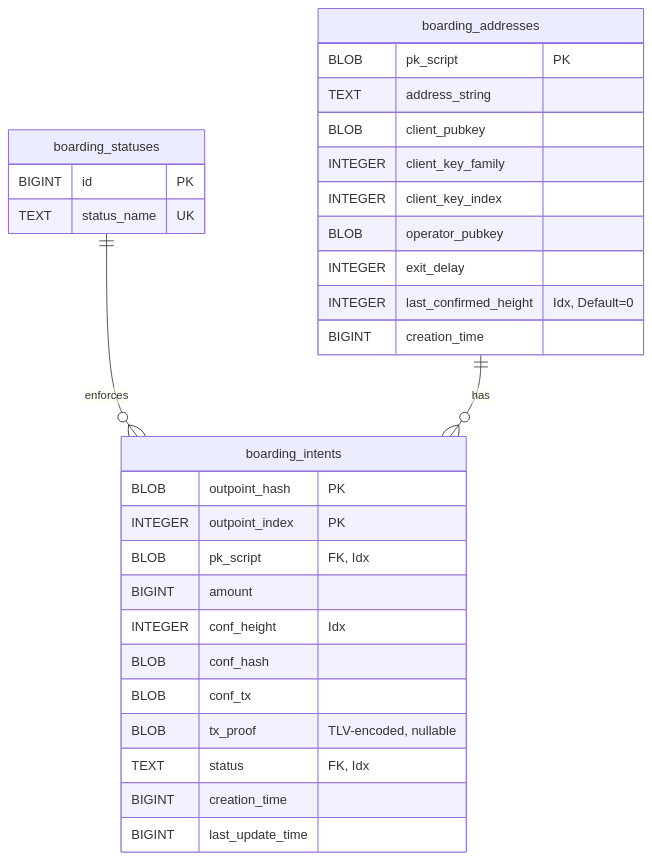
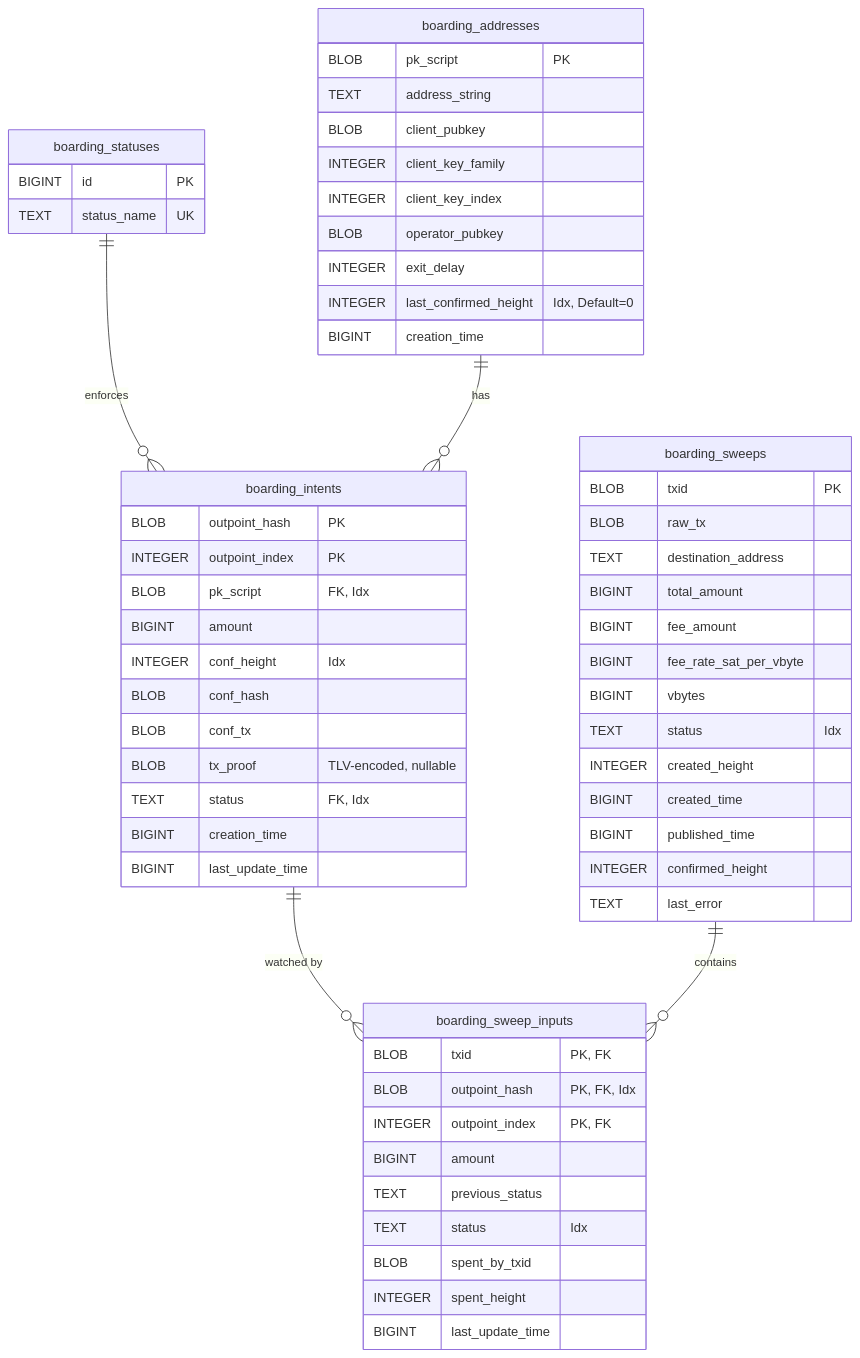
One commit to lightninglabs/wavelength changed the diagram in db/boarding_wallet.md. Above: the diagram before and after it, drawn with Mermaid. The commit also changed other lines of this file, not shown here.

First line of the commit message:
docs: explain boarding sweep recovery

````diff
--- a/db/boarding_wallet.md
+++ b/db/boarding_wallet.md
@@ -27,36 +33,66 @@
 ```mermaid
 erDiagram
     boarding_statuses ||--o{ boarding_intents : "enforces"
     boarding_addresses ||--o{ boarding_intents : "has"
+    boarding_intents ||--o{ boarding_sweep_inputs : "watched by"
+    boarding_sweeps ||--o{ boarding_sweep_inputs : "contains"
 
     boarding_statuses {
         BIGINT id "PK"
         TEXT status_name "UK"
     }
 
     boarding_addresses {
         BLOB pk_script "PK"
         TEXT address_string
         BLOB client_pubkey
         INTEGER client_key_family
         INTEGER client_key_index
         BLOB operator_pubkey
         INTEGER exit_delay
         INTEGER last_confirmed_height "Idx, Default=0"
         BIGINT creation_time
     }
 
     boarding_intents {
         BLOB outpoint_hash "PK"
         INTEGER outpoint_index "PK"
         BLOB pk_script "FK, Idx"
         BIGINT amount
         INTEGER conf_height "Idx"
         BLOB conf_hash
         BLOB conf_tx
         BLOB tx_proof "TLV-encoded, nullable"
         TEXT status "FK, Idx"
         BIGINT creation_time
         BIGINT last_update_time
     }
+
+    boarding_sweeps {
+        BLOB txid "PK"
+        BLOB raw_tx
+        TEXT destination_address
+        BIGINT total_amount
+        BIGINT fee_amount
+        BIGINT fee_rate_sat_per_vbyte
+        BIGINT vbytes
+        TEXT status "Idx"
+        INTEGER created_height
+        BIGINT created_time
+        BIGINT published_time
+        INTEGER confirmed_height
+        TEXT last_error
+    }
+
+    boarding_sweep_inputs {
+        BLOB txid "PK, FK"
+        BLOB outpoint_hash "PK, FK, Idx"
+        INTEGER outpoint_index "PK, FK"
+        BIGINT amount
+        TEXT previous_status
+        TEXT status "Idx"
+        BLOB spent_by_txid
+        INTEGER spent_height
+        BIGINT last_update_time
+    }
 ```
````
